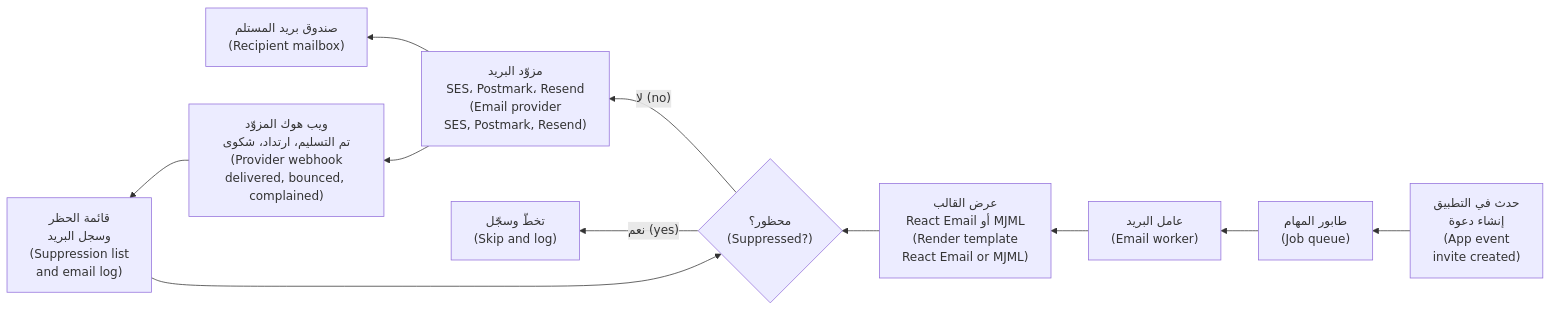
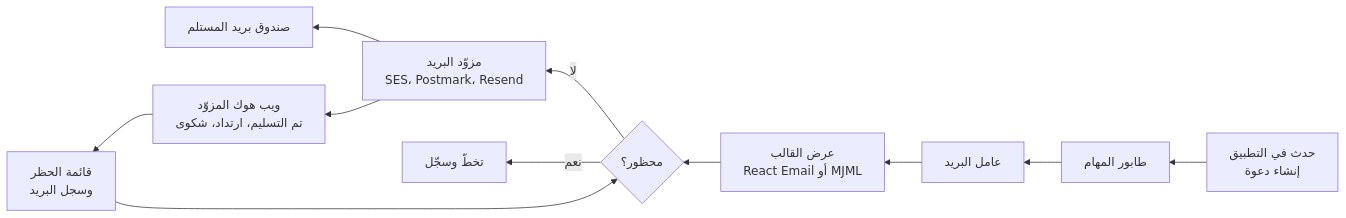
One commit to Tamoura/system-design-for-vibe-coders changed the first of 6 diagrams in saas/modules/04-communication.ar.md. Above: the diagram before and after it, drawn with Mermaid. The commit also changed other lines of this file and 551 other files, not shown here.

````diff
--- a/saas/modules/04-communication.ar.md
+++ b/saas/modules/04-communication.ar.md
@@ -62,13 +62,13 @@
 ```mermaid
 flowchart RL
-    A["حدث في التطبيق<br/>إنشاء دعوة<br/>(App event<br/>invite created)"] --> Q["طابور المهام<br/>(Job queue)"]
-    Q --> W["عامل البريد<br/>(Email worker)"]
-    W --> T["عرض القالب<br/>React Email أو MJML<br/>(Render template<br/>React Email or MJML)"]
-    T --> S{"محظور؟<br/>(Suppressed?)"}
-    S -- "لا (no)" --> P["مزوّد البريد<br/>SES، Postmark، Resend<br/>(Email provider<br/>SES, Postmark, Resend)"]
-    S -- "نعم (yes)" --> X["تخطَّ وسجّل<br/>(Skip and log)"]
-    P --> R["صندوق بريد المستلم<br/>(Recipient mailbox)"]
-    P --> H["ويب هوك المزوّد<br/>تم التسليم، ارتداد، شكوى<br/>(Provider webhook<br/>delivered, bounced, complained)"]
-    H --> L["قائمة الحظر<br/>وسجل البريد<br/>(Suppression list<br/>and email log)"]
+    A["حدث في التطبيق<br/>إنشاء دعوة"] --> Q["طابور المهام"]
+    Q --> W["عامل البريد"]
+    W --> T["عرض القالب<br/>React Email أو MJML"]
+    T --> S{"محظور؟"}
+    S -- "لا" --> P["مزوّد البريد<br/>SES، Postmark، Resend"]
+    S -- "نعم" --> X["تخطَّ وسجّل"]
+    P --> R["صندوق بريد المستلم"]
+    P --> H["ويب هوك المزوّد<br/>تم التسليم، ارتداد، شكوى"]
+    H --> L["قائمة الحظر<br/>وسجل البريد"]
     L --> S
 ```
````
